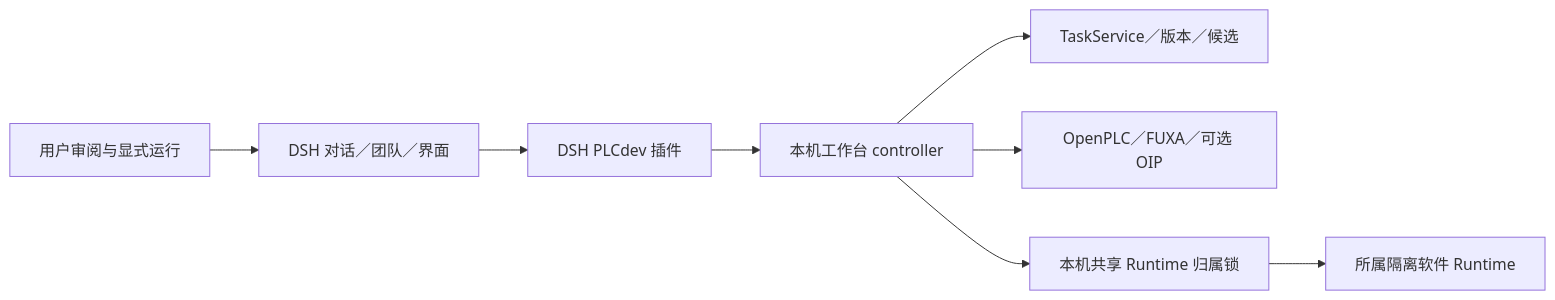
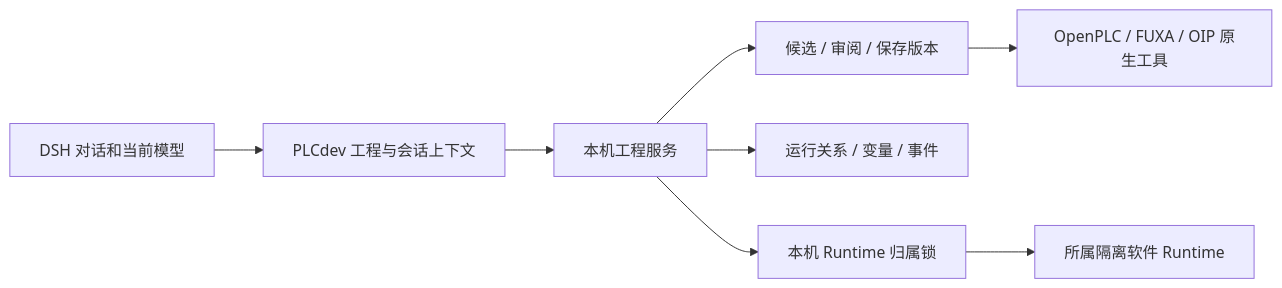
Before and after one commit to HellsegaMIMIC/dsh-plcdev: the diagram in docs/ARCHITECTURE.md, drawn with Mermaid. The commit also changed other lines of this file and 252 other files, not shown here.

````diff
--- a/docs/ARCHITECTURE.md
+++ b/docs/ARCHITECTURE.md
@@ -3,10 +3,10 @@
 ```mermaid
 flowchart LR
-  User[用户审阅与显式运行] --> DSH[DSH 对话／团队／界面]
-  DSH --> Plugin[DSH PLCdev 插件]
-  Plugin --> Controller[本机工作台 controller]
-  Controller --> Tasks[TaskService／版本／候选]
-  Controller --> Editors[OpenPLC／FUXA／可选 OIP]
-  Controller --> Lease[本机共享 Runtime 归属锁]
+  DSH[DSH 对话和当前模型] --> Plugin[PLCdev 工程与会话上下文]
+  Plugin --> Controller[本机工程服务]
+  Controller --> Tasks[候选 / 审阅 / 保存版本]
+  Tasks --> Editors[OpenPLC / FUXA / OIP 原生工具]
+  Controller --> Observer[运行关系 / 变量 / 事件]
+  Controller --> Lease[本机 Runtime 归属锁]
   Lease --> Runtime[所属隔离软件 Runtime]
 ```
````
